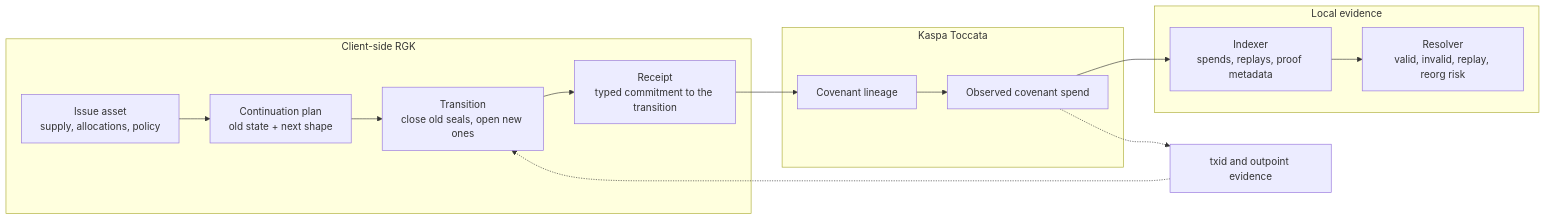
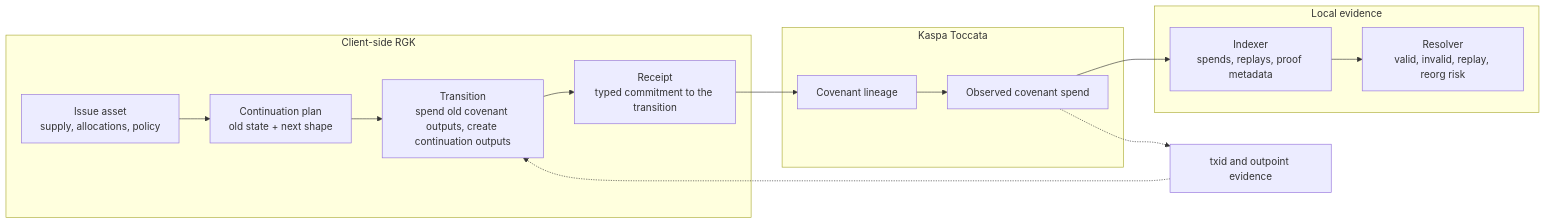
One commit to RGK-Protocol/RGK changed the first of 3 diagrams in README.md. Above: the diagram before and after it, drawn with Mermaid. The commit also changed other lines of this file and 57 other files, not shown here.

````diff
--- a/README.md
+++ b/README.md
@@ -28,24 +29,24 @@
 ```mermaid
 flowchart LR
     subgraph Client["Client-side RGK"]
         Issue["Issue asset<br/>supply, allocations, policy"]
         Plan["Continuation plan<br/>old state + next shape"]
-        Transition["Transition<br/>close old seals, open new ones"]
+        Transition["Transition<br/>spend old covenant outputs, create continuation outputs"]
         Receipt["Receipt<br/>typed commitment to the transition"]
     end
 
     subgraph Chain["Kaspa Toccata"]
         Covenant["Covenant lineage"]
         Spend["Observed covenant spend"]
     end
 
     subgraph Local["Local evidence"]
         Indexer["Indexer<br/>spends, replays, proof metadata"]
         Resolver["Resolver<br/>valid, invalid, replay, reorg risk"]
     end
 
     Issue --> Plan --> Transition --> Receipt
     Receipt --> Covenant --> Spend --> Indexer --> Resolver
     Spend -.-> Evidence["txid and outpoint evidence"]
     Evidence -.-> Transition
 ```
````
